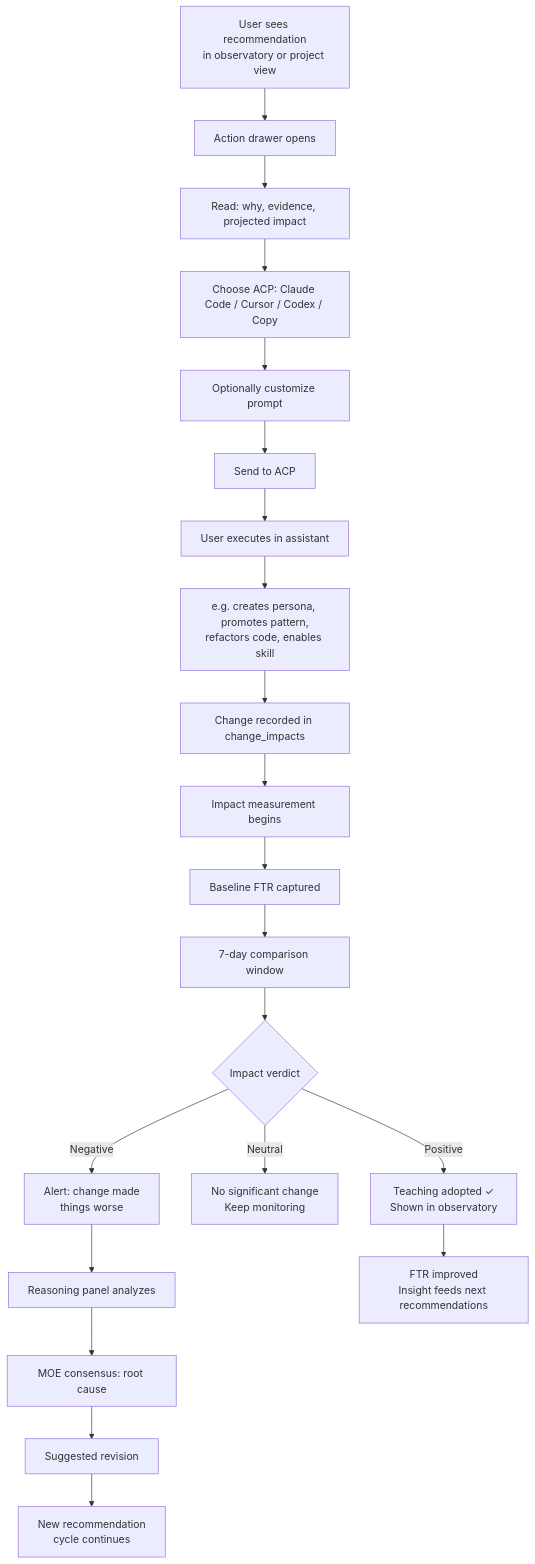
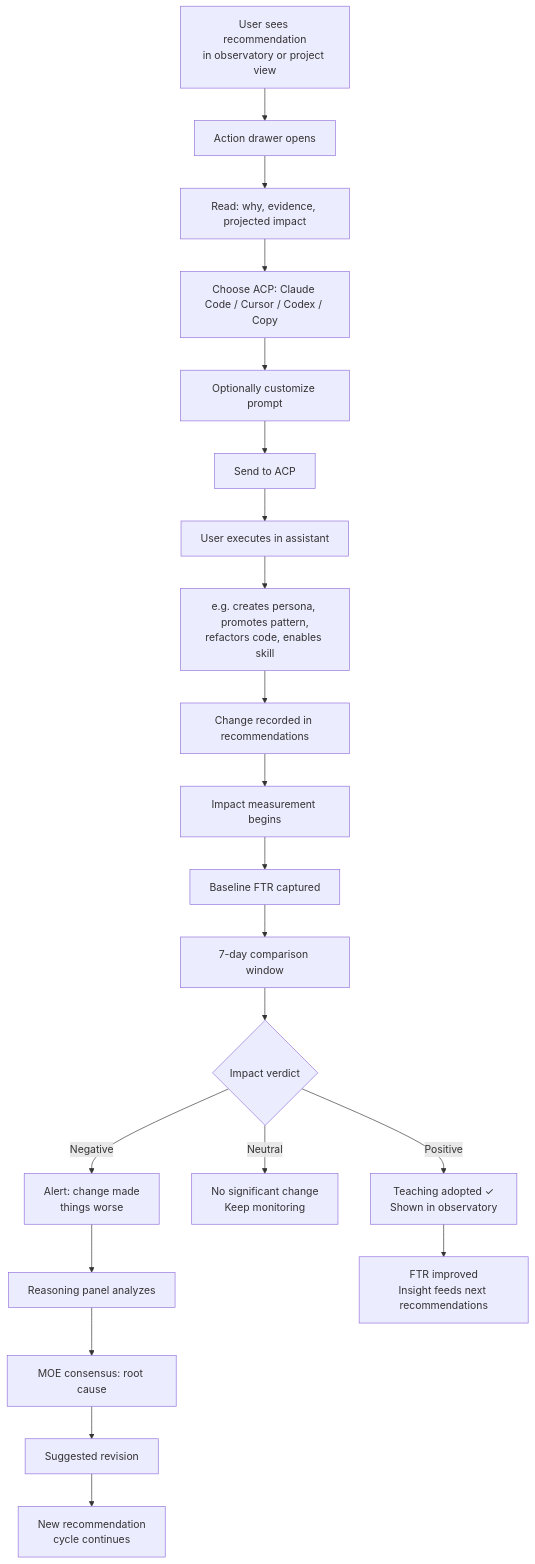
One commit to sensei-hq/sensei changed the first of 2 diagrams in docs/journeys/06-measure-improve.md. Above: the diagram before and after it, drawn with Mermaid. The commit also changed 2 other files, not shown here.

Commit message:
docs: create backlog + fix naming mismatches in journeys
- docs/backlog.md: 46 TDD-ready issues across 5 phases for SQLite→PG migration
- 3 design gaps documented (session continuity journey, collective intelligence, drift detection)
- Fixed 6 change_impacts → recommendations naming mismatches across J3, J6, system pipelines
- Every entity issue requires TDD with full coverage

````diff
--- a/docs/journeys/06-measure-improve.md
+++ b/docs/journeys/06-measure-improve.md
@@ -15,29 +15,29 @@
 ```mermaid
 flowchart TD
     A[User sees recommendation\nin observatory or project view] --> B[Action drawer opens]
 
     B --> B1[Read: why, evidence, projected impact]
     B1 --> B2[Choose ACP: Claude Code / Cursor / Codex / Copy]
     B2 --> B3[Optionally customize prompt]
     B3 --> B4[Send to ACP]
 
     B4 --> C[User executes in assistant]
     C --> C1[e.g. creates persona, promotes pattern,\nrefactors code, enables skill]
-    C1 --> D[Change recorded in change_impacts]
+    C1 --> D[Change recorded in recommendations]
 
     D --> E[Impact measurement begins]
     E --> E1[Baseline FTR captured]
     E1 --> E2[7-day comparison window]
 
     E2 --> F{Impact verdict}
     F -->|Positive| G[Teaching adopted ✓\nShown in observatory]
     F -->|Neutral| H[No significant change\nKeep monitoring]
     F -->|Negative| I[Alert: change made\nthings worse]
 
     I --> J[Reasoning panel analyzes]
     J --> J1[MOE consensus: root cause]
     J1 --> J2[Suggested revision]
     J2 --> K[New recommendation\ncycle continues]
 
     G --> L[FTR improved\nInsight feeds next recommendations]
 ```
````
